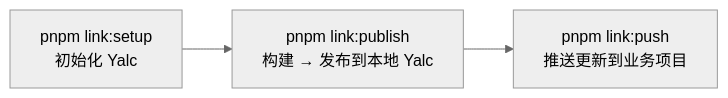
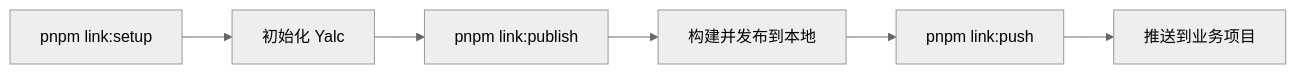
Before and after one commit to sunweijieMJ/aix: diagram 18 of 18 in docs/guide/architecture.md, drawn with Mermaid (neutral theme). The commit also changed other lines of this file and 3 other files, not shown here.

First line of the commit message:
docs: 完善架构设计文档，优化 Mermaid 图表

````diff
--- a/docs/guide/architecture.md
+++ b/docs/guide/architecture.md
@@ -504,5 +869,8 @@
 ```mermaid
-graph LR
-    setup["pnpm link:setup<br/>初始化 Yalc"] --> publish["pnpm link:publish<br/>构建 → 发布到本地 Yalc"]
-    publish --> push["pnpm link:push<br/>推送更新到业务项目"]
+flowchart LR
+    A[pnpm link:setup] --> B[初始化 Yalc]
+    B --> C[pnpm link:publish]
+    C --> D[构建并发布到本地]
+    D --> E[pnpm link:push]
+    E --> F[推送到业务项目]
 ```
````
